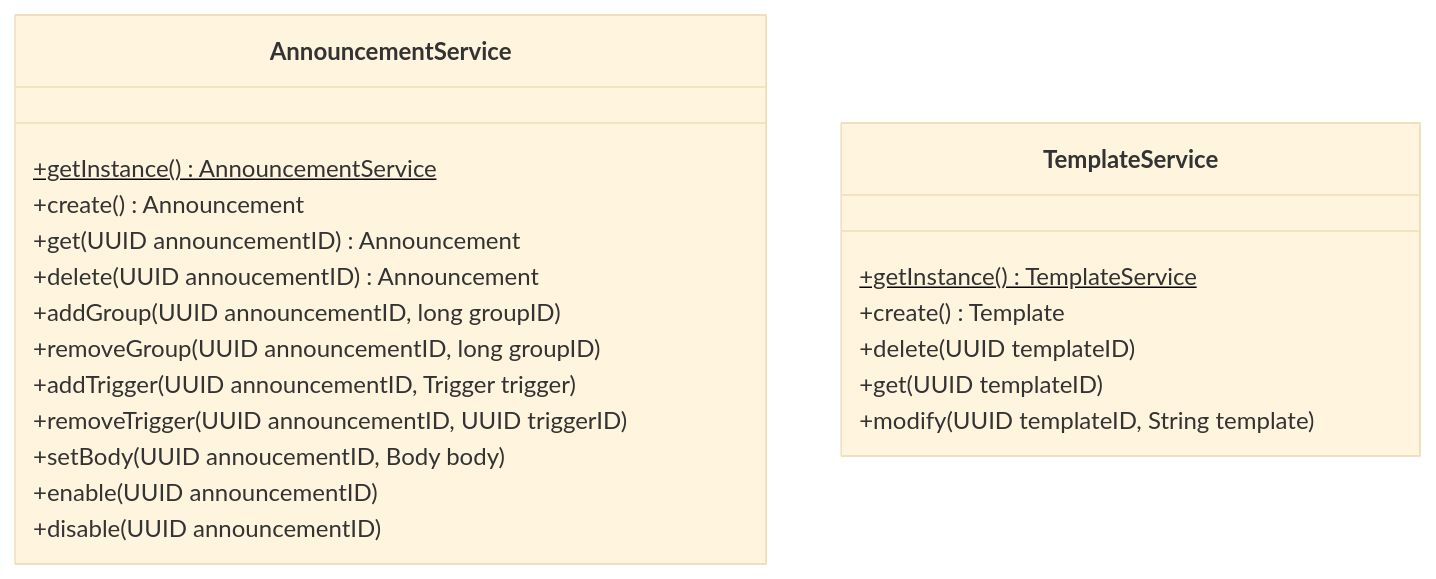
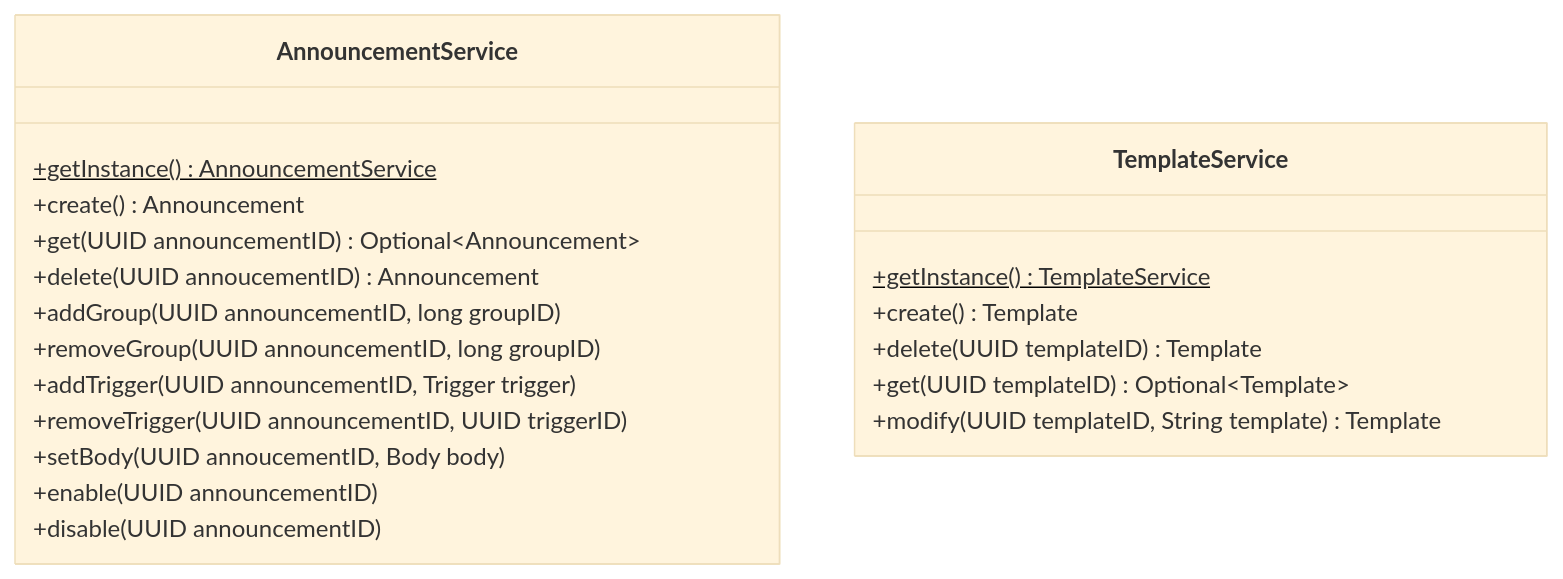
Before and after one commit to nanoyou/MaidNana: the third of 3 diagrams in docs/class-diagram.md, drawn with Mermaid (base theme). The commit also changed other lines of this file, not shown here.

Commit message:
doc: 为部分可能返回空结果的方法添加 Optional

````diff
--- a/docs/class-diagram.md
+++ b/docs/class-diagram.md
@@ -62,25 +62,25 @@
 ```mermaid
 classDiagram
 class AnnouncementService {
     +getInstance()$ AnnouncementService
     
     +create() Announcement
-    +get(UUID announcementID) Announcement
+    +get(UUID announcementID) Optional~Announcement~
     +delete(UUID annoucementID) Announcement
     +addGroup(UUID announcementID, long groupID)
     +removeGroup(UUID announcementID, long groupID)
     +addTrigger(UUID announcementID, Trigger trigger)
     +removeTrigger(UUID announcementID, UUID triggerID)
     +setBody(UUID annoucementID, Body body)
     +enable(UUID announcementID)
     +disable(UUID announcementID)
 }
 class TemplateService {
     +getInstance()$ TemplateService
     
     +create() Template
-    +delete(UUID templateID)
-    +get(UUID templateID)
-    +modify(UUID templateID, String template)
+    +delete(UUID templateID) Template
+    +get(UUID templateID) Optional~Template~
+    +modify(UUID templateID, String template) Template
 }
 ```
````
